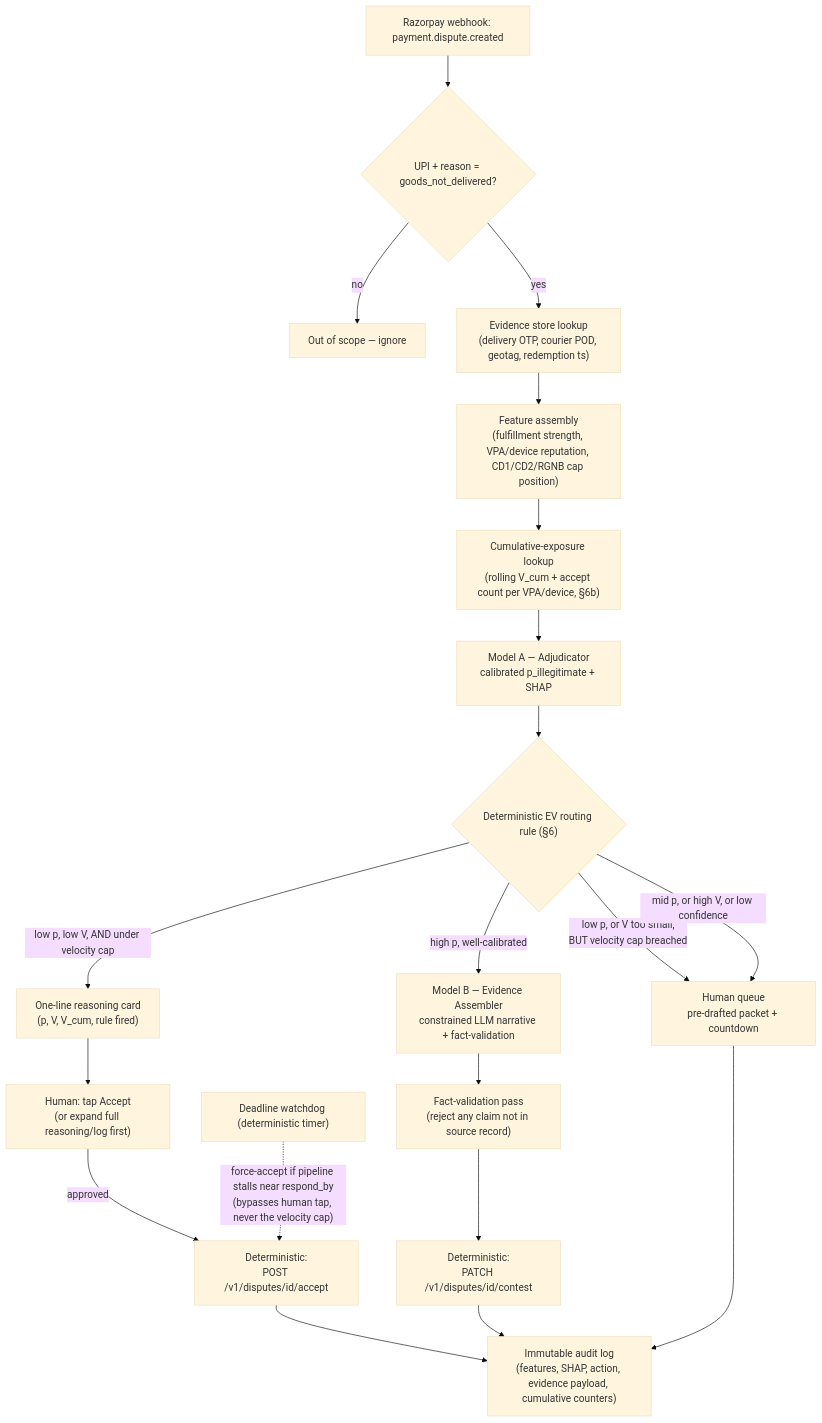
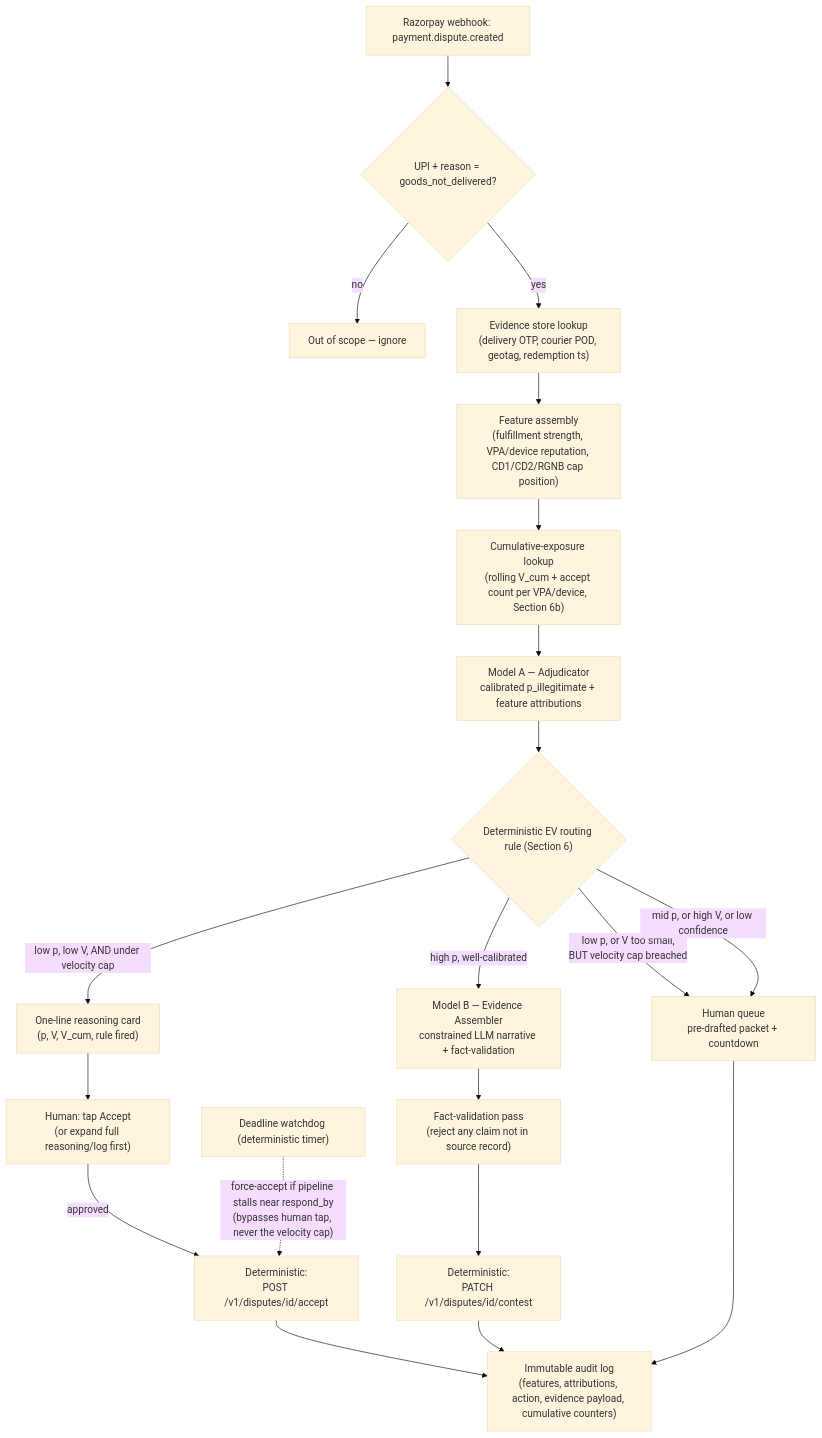
One commit to ayushdub3y/ArgusML changed the diagram in README.md. Above: the diagram before and after it, drawn with Mermaid (base theme). The commit also changed other lines of this file and 28 other files, not shown here.

````diff
--- a/README.md
+++ b/README.md
@@ -24,22 +25,22 @@
 ```mermaid
 flowchart TD
     A["Razorpay webhook: payment.dispute.created"] --> B{"UPI + reason = goods_not_delivered?"}
     B -- no --> Z["Out of scope — ignore"]
     B -- yes --> C["Evidence store lookup\n(delivery OTP, courier POD, geotag, redemption ts)"]
     C --> D["Feature assembly\n(fulfillment strength, VPA/device reputation, CD1/CD2/RGNB cap position)"]
-    D --> D2["Cumulative-exposure lookup\n(rolling V_cum + accept count per VPA/device, §6b)"]
-    D2 --> E["Model A — Adjudicator\ncalibrated p_illegitimate + SHAP"]
-    E --> F{"Deterministic EV routing rule (§6)"}
+    D --> D2["Cumulative-exposure lookup\n(rolling V_cum + accept count per VPA/device, Section 6b)"]
+    D2 --> E["Model A — Adjudicator\ncalibrated p_illegitimate + feature attributions"]
+    E --> F{"Deterministic EV routing rule (Section 6)"}
     F -- "low p, low V, AND under velocity cap" --> G0["One-line reasoning card\n(p, V, V_cum, rule fired)"]
     G0 --> G["Human: tap Accept\n(or expand full reasoning/log first)"]
     G -- approved --> GX["Deterministic:\nPOST /v1/disputes/id/accept"]
     F -- "low p, or V too small,\nBUT velocity cap breached" --> K
     F -- "high p, well-calibrated" --> H["Model B — Evidence Assembler\nconstrained LLM narrative + fact-validation"]
     H --> I["Fact-validation pass\n(reject any claim not in source record)"]
     I --> J["Deterministic:\nPATCH /v1/disputes/id/contest"]
     F -- "mid p, or high V, or low confidence" --> K["Human queue\npre-drafted packet + countdown"]
-    GX --> L["Immutable audit log\n(features, SHAP, action, evidence payload, cumulative counters)"]
+    GX --> L["Immutable audit log\n(features, attributions, action, evidence payload, cumulative counters)"]
     J --> L
     K --> L
     O["Deadline watchdog (deterministic timer)"] -. "force-accept if pipeline stalls near respond_by\n(bypasses human tap, never the velocity cap)" .-> GX
 ```
````
